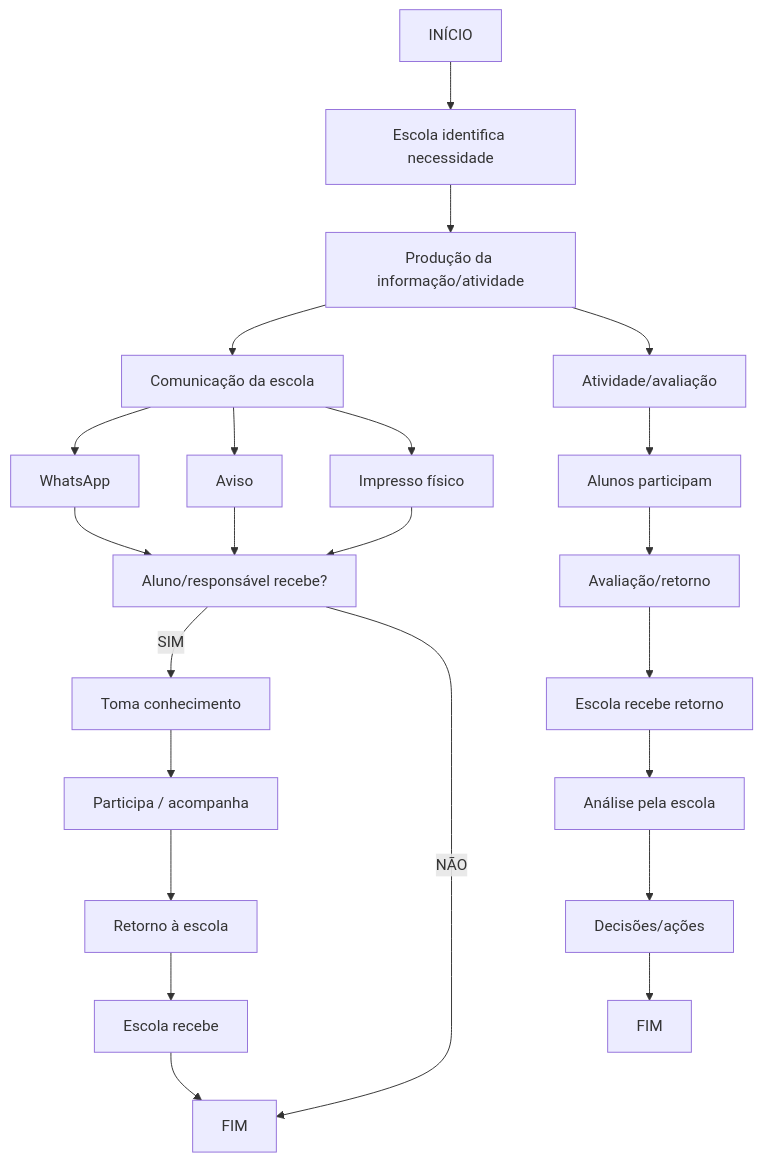
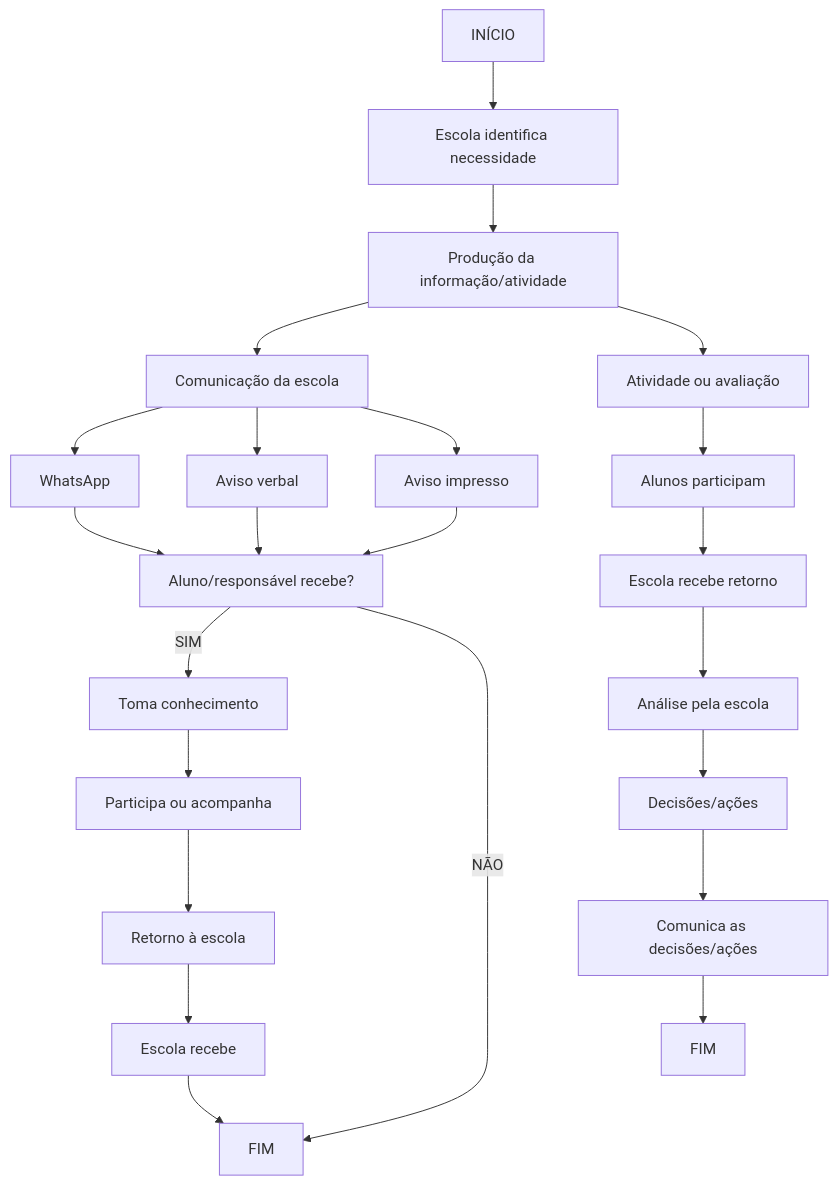
Before and after one commit to CalebeAF02/SI_Comunicacao_Escolar: the diagram in entregas/CICI0101_SI_Projeto_Integrador_Consolidado.md, drawn with Mermaid. The commit also changed other lines of this file and 1 other file, not shown here.

````diff
--- a/entregas/CICI0101_SI_Projeto_Integrador_Consolidado.md
+++ b/entregas/CICI0101_SI_Projeto_Integrador_Consolidado.md
@@ -103,32 +103,32 @@
 ```mermaid
 graph TD
     A[INÍCIO] --> B[Escola identifica necessidade]
     B --> C[Produção da informação/atividade]
 
     %% Ramificação Esquerda - Comunicação
     C --> D[Comunicação da escola]
     D --> E1[WhatsApp]
-    D --> E2[Aviso]
-    D --> E3[Impresso físico]
+    D --> E2[Aviso verbal]
+    D --> E3[Aviso impresso]
     
     E1 --> F[Aluno/responsável recebe?]
     E2 --> F
     E3 --> F
 
     F -- SIM --> G[Toma conhecimento]
-    G --> H[Participa / acompanha]
+    G --> H[Participa ou acompanha]
     H --> I[Retorno à escola]
     I --> J[Escola recebe]
     J --> K[FIM]
 
     F -- NÃO --> K
 
     %% Ramificação Direita - Atividade/Avaliação
-    C --> L[Atividade/avaliação]
+    C --> L[Atividade ou avaliação]
     L --> M[Alunos participam]
-    M --> N[Avaliação/retorno]
-    N --> O[Escola recebe retorno]
-    O --> P[Análise pela escola]
-    P --> Q[Decisões/ações]
+    M --> N[Escola recebe retorno]
+    N --> O[Análise pela escola]
+    O --> P[Decisões/ações]
+    P --> Q[Comunica as decisões/ações]
     Q --> R[FIM]
 ```
````
